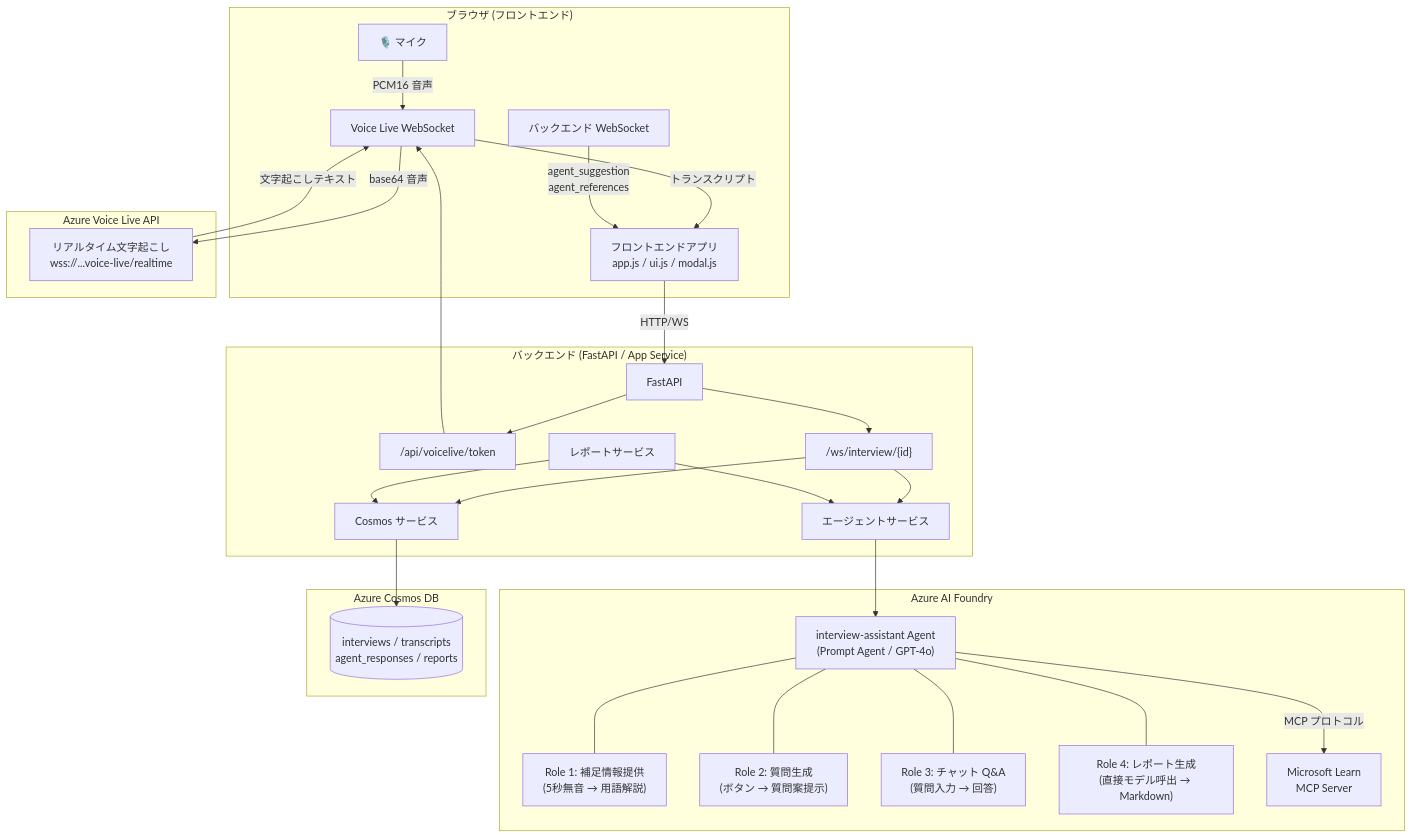
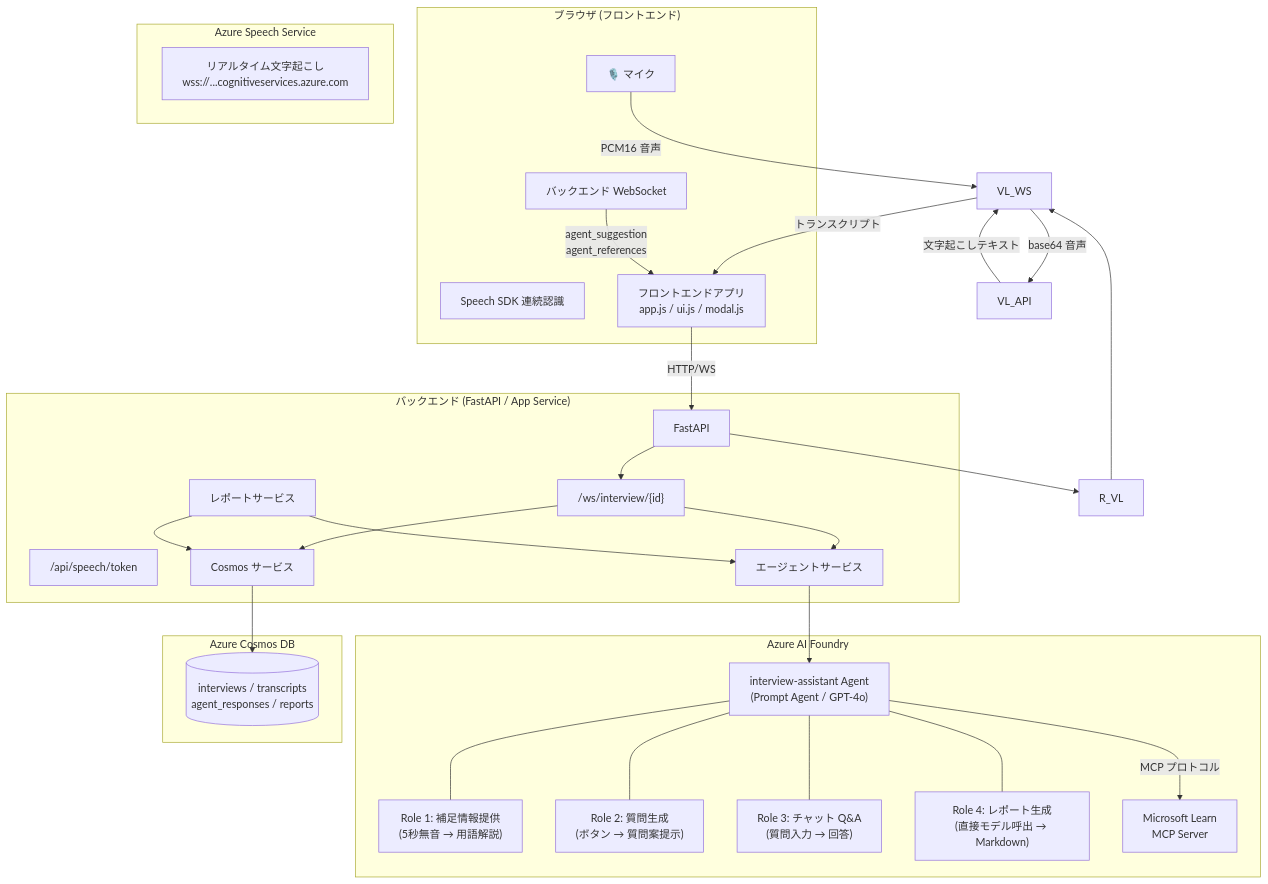
Before and after one commit to hatasaki/Interview-Assistant-AI: the second of 2 diagrams in README.md, drawn with Mermaid. The commit also changed other lines of this file and 12 other files, not shown here.

Commit message:
Refactor architecture to integrate Azure Speech SDK for transcription

````diff
--- a/README.md
+++ b/README.md
@@ -336,60 +333,60 @@
 ```mermaid
 graph TB
     subgraph Browser["ブラウザ (フロントエンド)"]
         MIC["🎙️ マイク"]
-        VL_WS["Voice Live WebSocket"]
+        SPEECH_WS["Speech SDK 連続認識"]
         FE["フロントエンドアプリ<br/>app.js / ui.js / modal.js"]
         BE_WS["バックエンド WebSocket"]
     end
 
-    subgraph VoiceLive["Azure Voice Live API"]
-        VL_API["リアルタイム文字起こし<br/>wss://...voice-live/realtime"]
+    subgraph SpeechService["Azure Speech Service"]
+        STT_API["リアルタイム文字起こし<br/>wss://...cognitiveservices.azure.com"]
     end
 
     subgraph Backend["バックエンド (FastAPI / App Service)"]
         APP["FastAPI"]
-        R_VL["/api/voicelive/token"]
+        R_SP["/api/speech/token"]
         R_WS["/ws/interview/{id}"]
         AGT_SVC["エージェントサービス"]
         COS_SVC["Cosmos サービス"]
         RPT_SVC["レポートサービス"]
     end
 
     subgraph AI["Azure AI Foundry"]
         AGENT["interview-assistant Agent<br/>(Prompt Agent / GPT-4o)"]
         ROLE1["Role 1: 補足情報提供<br/>(5秒無音 → 用語解説)"]
         ROLE2["Role 2: 質問生成<br/>(ボタン → 質問案提示)"]
         ROLE3["Role 3: チャット Q&A<br/>(質問入力 → 回答)"]
         ROLE4["Role 4: レポート生成<br/>(直接モデル呼出 → Markdown)"]
         MCP["Microsoft Learn<br/>MCP Server"]
         AGENT --- ROLE1
         AGENT --- ROLE2
         AGENT --- ROLE3
         AGENT --- ROLE4
         AGENT -->|"MCP プロトコル"| MCP
     end
 
     subgraph DB["Azure Cosmos DB"]
         COSMOS[("interviews / transcripts<br/>agent_responses / reports")]
     end
 
     MIC -->|"PCM16 音声"| VL_WS
     VL_WS -->|"base64 音声"| VL_API
     VL_API -->|"文字起こしテキスト"| VL_WS
     VL_WS -->|"トランスクリプト"| FE
 
     FE -->|"HTTP/WS"| APP
     APP --> R_VL
     APP --> R_WS
     R_VL --> VL_WS
 
     R_WS --> AGT_SVC
     R_WS --> COS_SVC
     RPT_SVC --> AGT_SVC
     RPT_SVC --> COS_SVC
 
     AGT_SVC --> AGENT
     COS_SVC --> COSMOS
 
     BE_WS -->|"agent_suggestion<br/>agent_references"| FE
 ```
````
